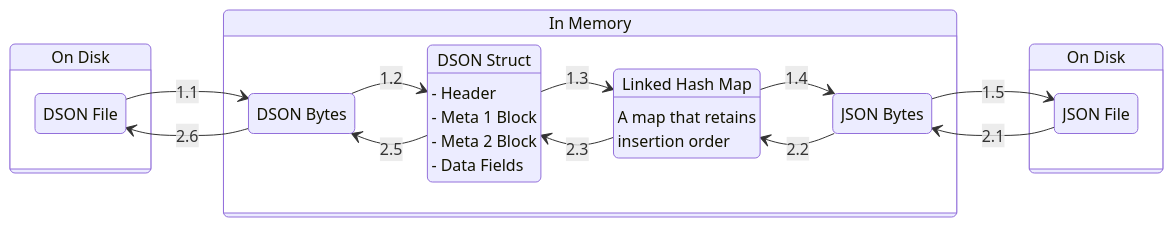
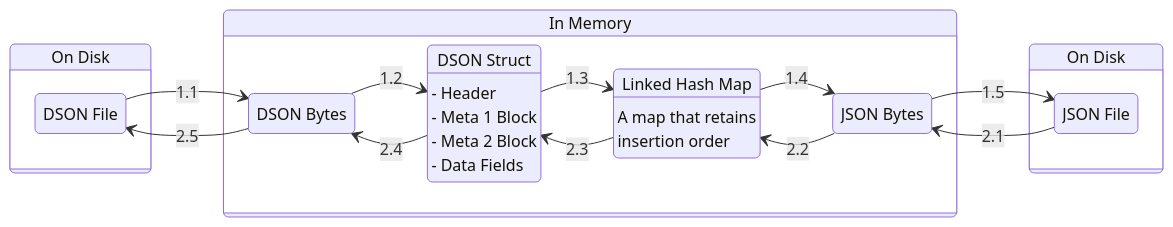
One commit to thanhnguyen2187/darkest-savior changed the second of 5 diagrams in docs/dson.md. Above: the diagram before and after it, drawn with Mermaid. The commit also changed other lines of this file and 1 other file, not shown here.

````diff
--- a/docs/dson.md
+++ b/docs/dson.md
@@ -111,42 +111,42 @@
 ```mermaid
 stateDiagram-v2
 direction LR
 
 in_mem: In Memory
 on_disk: On Disk
 on_disk_2: On Disk
 
 state on_disk {
   dson_file: DSON File
   dson_bytes: DSON Bytes
 
   dson_file --> dson_bytes: 1.1
-  dson_bytes --> dson_file: 2.6
+  dson_bytes --> dson_file: 2.5
 }
 
 state in_mem {
   dson_struct: DSON Struct
   dson_struct: - Header
   dson_struct: - Meta 1 Block
   dson_struct: - Meta 2 Block
   dson_struct: - Data Fields
   linked_hash_map: Linked Hash Map
   linked_hash_map: A map that retains
   linked_hash_map: insertion order
   json_bytes: JSON Bytes
 
   dson_bytes --> dson_struct: 1.2
   dson_struct --> linked_hash_map: 1.3
   linked_hash_map --> json_bytes: 1.4
   json_bytes --> json_file: 1.5
   
   json_file --> json_bytes: 2.1
   json_bytes --> linked_hash_map: 2.2
   linked_hash_map --> dson_struct: 2.3
-  dson_struct --> dson_bytes: 2.5
+  dson_struct --> dson_bytes: 2.4
 }
 
 state on_disk_2 {
   json_file: JSON File
 }
 ```
````
